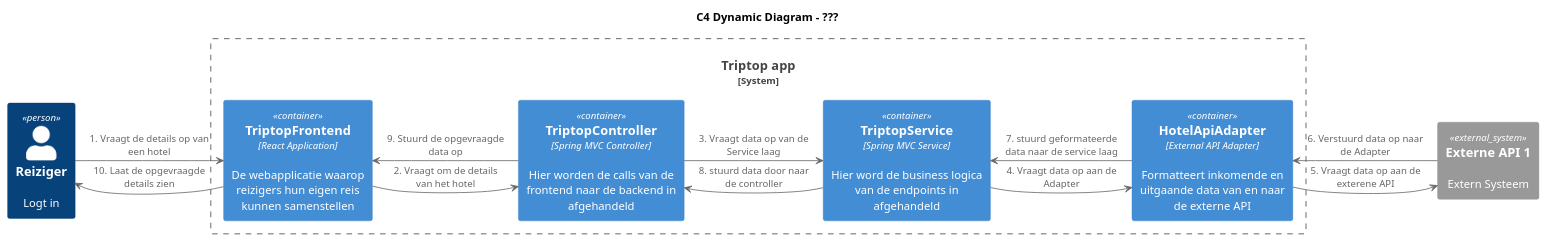
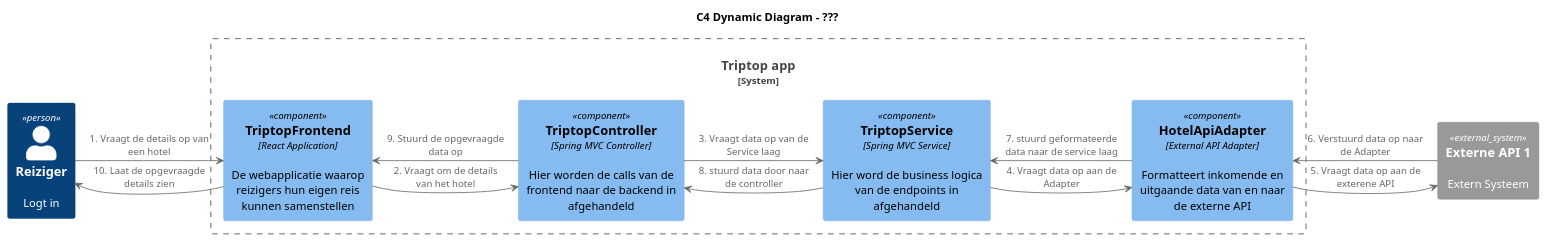
Before and after one commit to AIM-ENE-feb25/triptop-peak-performers-groep-1: the diagram in Jamiro/Dynmamische-Diagrammen/C4-Dynamisch-Component-Diagram-Jamiro.puml, drawn with PlantUML. The commit also changed 2 other files, not shown here.

Commit message:
kleine foute in mijn diagrammen verbeterd

```diff
--- a/Jamiro/Dynmamische-Diagrammen/C4-Dynamisch-Component-Diagram-Jamiro.puml
+++ b/Jamiro/Dynmamische-Diagrammen/C4-Dynamisch-Component-Diagram-Jamiro.puml
@@ -1,34 +1,34 @@
 @startuml
-!include <C4/C4_Container>
+!include <C4/C4_Component>
 
 title C4 Dynamic Diagram - ???
 
 LAYOUT_TOP_DOWN()
 Person(User, "Reiziger", "Logt in")
 System_Boundary(Webapp, "Triptop app") {
     'frontend
-    Container(TriptopFrontend,TriptopFrontend,React Application,De webapplicatie waarop reizigers hun eigen reis kunnen samenstellen)
+    Component(TriptopFrontend,TriptopFrontend,React Application,De webapplicatie waarop reizigers hun eigen reis kunnen samenstellen)
     'backend
     'controller
-    Container(TriptopController,TriptopController,Spring MVC Controller, Hier worden de calls van de frontend naar de backend in afgehandeld)
+    Component(TriptopController,TriptopController,Spring MVC Controller, Hier worden de calls van de frontend naar de backend in afgehandeld)
     'service
-    Container(TriptopService,TriptopService,Spring MVC Service,Hier word de business logica van de endpoints in afgehandeld)
+    Component(TriptopService,TriptopService,Spring MVC Service,Hier word de business logica van de endpoints in afgehandeld)
     'adapter
-    Container(HotelApiAdapter,HotelApiAdapter,External API Adapter,Formatteert inkomende en uitgaande data van en naar de externe API)
+    Component(HotelApiAdapter,HotelApiAdapter,External API Adapter,Formatteert inkomende en uitgaande data van en naar de externe API)
 }
 
 System_Ext(ExternalAPI1, "Externe API 1", "Extern Systeem", "")
 
 User -right-> TriptopFrontend: 1. Vraagt de details op van een hotel
 TriptopFrontend -right-> TriptopController: 2. Vraagt om de details van het hotel
 TriptopController -right-> TriptopService: 3. Vraagt data op van de Service laag
 TriptopService -right-> HotelApiAdapter: 4. Vraagt data op aan de Adapter
 HotelApiAdapter -right-> ExternalAPI1: 5. Vraagt data op aan de exterene API
 ExternalAPI1 -left-> HotelApiAdapter: 6. Verstuurd data op naar de Adapter
 HotelApiAdapter -left-> TriptopService: 7. stuurd geformateerde data naar de service laag
 TriptopService -left-> TriptopController: 8. stuurd data door naar de controller
 TriptopController -left-> TriptopFrontend: 9. Stuurd de opgevraagde data op
 TriptopFrontend -left-> User: 10. Laat de opgevraagde details zien
 
 
 @enduml
```
